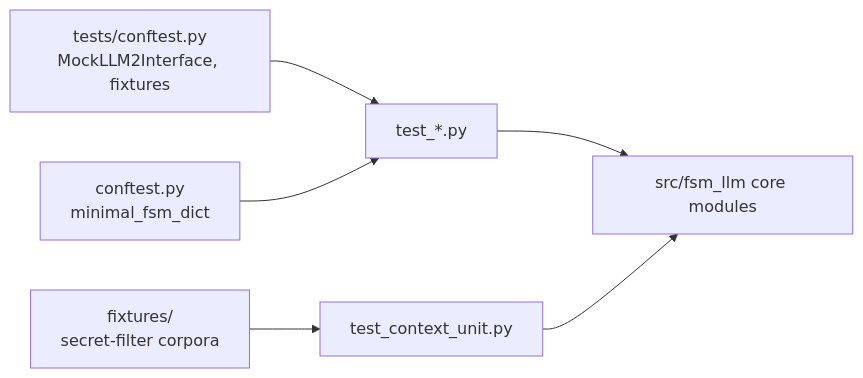
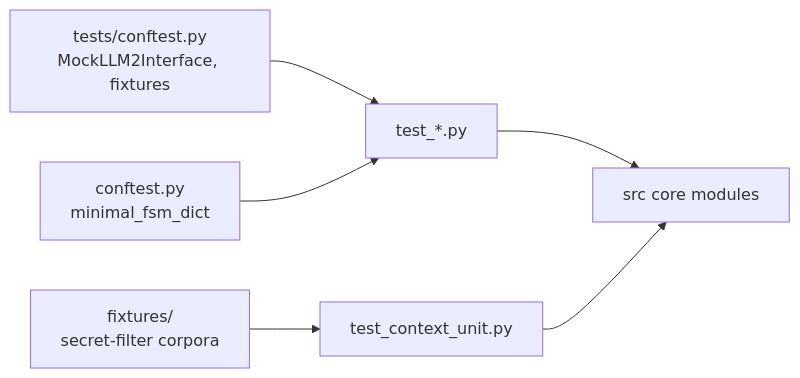
One commit to NikolasMarkou/fsm_llm changed the diagram in tests/test_fsm_llm/README.md. Above: the diagram before and after it, drawn with Mermaid. The commit also changed other lines of this file and 45 other files, not shown here.

Commit message:
[plan-2026-11-10-42ea23c8/iter-1/step-6] docs(layout): src/fsm_llm paths become src, layout notes in README/AGENTS, CHANGELOG Unreleased entry

````diff
--- a/tests/test_fsm_llm/README.md
+++ b/tests/test_fsm_llm/README.md
@@ -19,8 +19,8 @@
 ```mermaid
 flowchart LR
     conf[tests/conftest.py<br/>MockLLM2Interface, fixtures] --> T[test_*.py]
     lconf[conftest.py<br/>minimal_fsm_dict] --> T
     fx[fixtures/<br/>secret-filter corpora] --> ctx[test_context_unit.py]
-    T --> core[src/fsm_llm core modules]
+    T --> core[src core modules]
     ctx --> core
 ```
````
